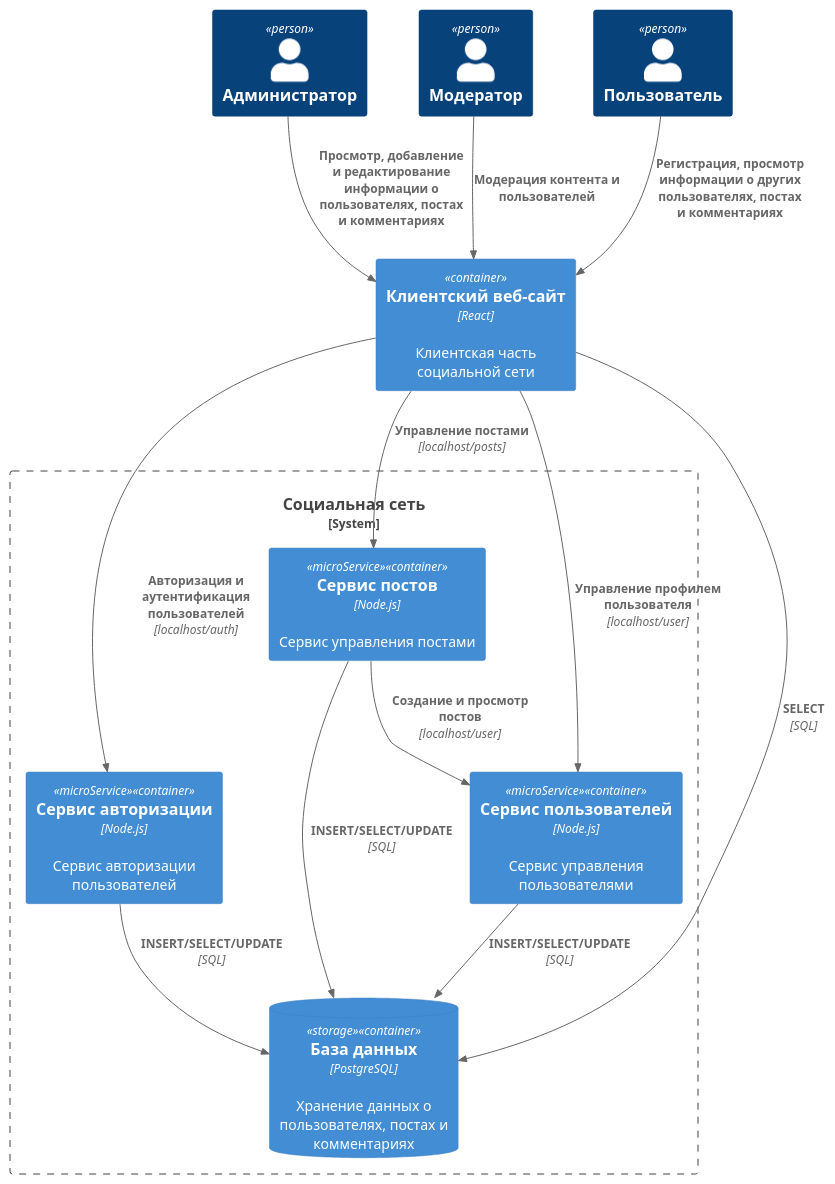
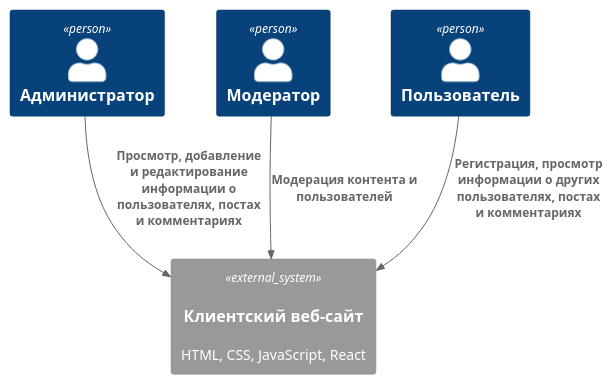
Before and after one commit to IllCher/MAI-HL-class: the diagram in context.md, drawn with PlantUML.

````diff
--- a/context.md
+++ b/context.md
@@ -4,36 +4,16 @@
 ```plantuml
 @startuml
 !include https://raw.githubusercontent.com/plantuml-stdlib/C4-PlantUML/master/C4_Container.puml
 
 Person(admin, "Администратор")
 Person(moderator, "Модератор")
 Person(user, "Пользователь")
 
 System_Ext(web_site, "Клиентский веб-сайт", "HTML, CSS, JavaScript, React", "Веб-интерфейс")
 
-System_Boundary(social_network, "Социальная сеть") {
-   Container(web_site, "Клиентский веб-сайт", "React", "Клиентская часть социальной сети")
-   Container(auth_service, "Сервис авторизации", "Node.js", "Сервис авторизации пользователей", $tags = "microService")    
-   Container(user_service, "Сервис пользователей", "Node.js", "Сервис управления пользователями", $tags = "microService") 
-   Container(post_service, "Сервис постов", "Node.js", "Сервис управления постами", $tags = "microService")   
-   ContainerDb(db, "База данных", "PostgreSQL", "Хранение данных о пользователях, постах и комментариях", $tags = "storage")
-}
-
 Rel(admin, web_site, "Просмотр, добавление и редактирование информации о пользователях, постах и комментариях")
 Rel(moderator, web_site, "Модерация контента и пользователей")
 Rel(user, web_site, "Регистрация, просмотр информации о других пользователях, постах и комментариях")
 
-Rel(web_site, auth_service, "Авторизация и аутентификация пользователей", "localhost/auth")
-Rel(auth_service, db, "INSERT/SELECT/UPDATE", "SQL")
-
-Rel(web_site, user_service, "Управление профилем пользователя", "localhost/user")
-Rel(user_service, db, "INSERT/SELECT/UPDATE", "SQL")
-
-Rel(web_site, post_service, "Управление постами", "localhost/posts")
-Rel(post_service, db, "INSERT/SELECT/UPDATE", "SQL")
-Rel(post_service, user_service, "Создание и просмотр постов", "localhost/user")
-
-Rel(web_site, db, "SELECT", "SQL")
-
 @enduml
 ```
````
